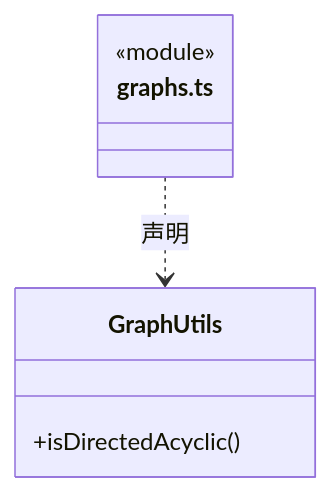
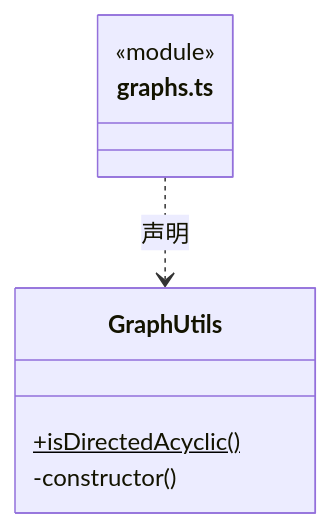
One commit to nan023062/cbim changed the third of 8 diagrams in src/core/utility/ARCHITECTURE.md. Above: the diagram before and after it, drawn with Mermaid. The commit also changed other lines of this file and 139 other files, not shown here.

Commit message:
docs(architecture): add source reading paths and complete file inventories

````diff
--- a/src/core/utility/ARCHITECTURE.md
+++ b/src/core/utility/ARCHITECTURE.md
@@ -82,10 +88,11 @@
 ```mermaid
 classDiagram
 class N_src_core_utility_graphs_ts["graphs.ts"] {
   <<module>>
 }
 class N_src_core_utility_graphs_ts_GraphUtils["GraphUtils"] {
-  +isDirectedAcyclic()
+  +isDirectedAcyclic()$
+  -constructor()
 }
 N_src_core_utility_graphs_ts ..> N_src_core_utility_graphs_ts_GraphUtils : 声明
 ```
````
